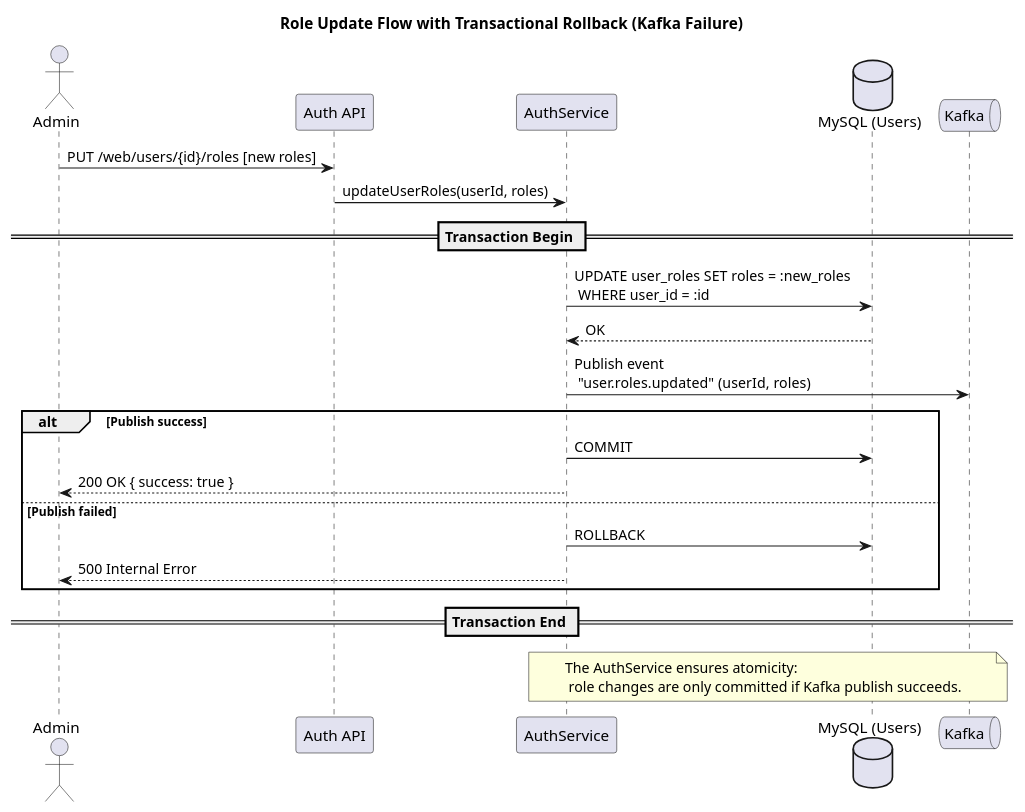
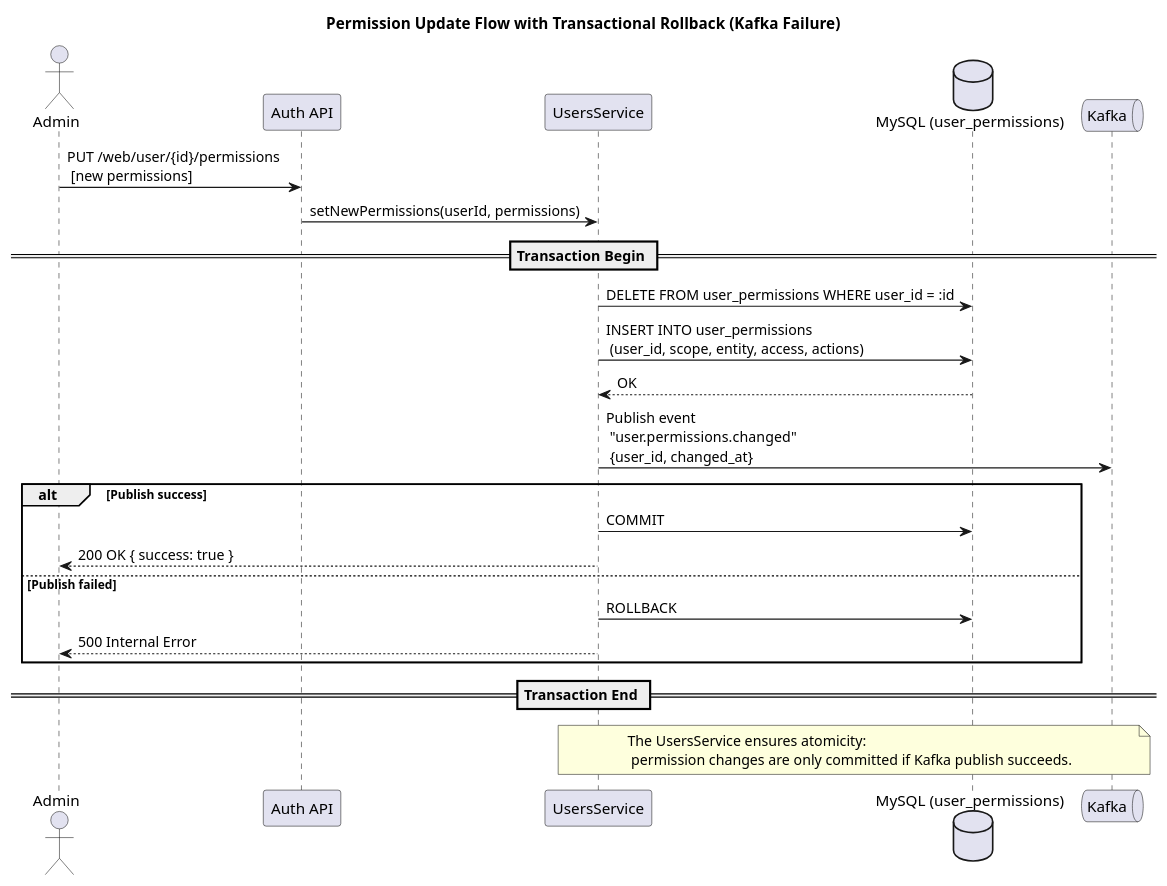
One commit to msa-sandbox/auth changed the diagram in docs/roleUpdate.puml. Above: the diagram before and after it, drawn with PlantUML. The commit also changed 47 other files, not shown here.

```diff
--- a/docs/roleUpdate.puml
+++ b/docs/roleUpdate.puml
@@ -1,31 +1,32 @@
 @startuml
-title Role Update Flow with Transactional Rollback (Kafka Failure)
+title Permission Update Flow with Transactional Rollback (Kafka Failure)
 
 actor Admin as A
 participant "Auth API" as API
-participant "AuthService" as S
-database "MySQL (Users)" as DB
+participant "UsersService" as S
+database "MySQL (user_permissions)" as DB
 queue "Kafka" as K
 
-A -> API : PUT /web/users/{id}/roles [new roles]
-API -> S : updateUserRoles(userId, roles)
+A -> API : PUT /web/user/{id}/permissions \n [new permissions]
+API -> S : setNewPermissions(userId, permissions)
 
 == Transaction Begin ==
-S -> DB : UPDATE user_roles SET roles = :new_roles \n WHERE user_id = :id
+S -> DB : DELETE FROM user_permissions WHERE user_id = :id
+S -> DB : INSERT INTO user_permissions \n (user_id, scope, entity, access, actions)
 DB --> S : OK
 
-S -> K : Publish event \n "user.roles.updated" (userId, roles)
+S -> K : Publish event \n "user.permissions.changed" \n {user_id, changed_at}
 alt Publish success
     S -> DB : COMMIT
     S --> A : 200 OK { success: true }
 else Publish failed
     S -> DB : ROLLBACK
     S --> A : 500 Internal Error
 end
 == Transaction End ==
 
 note over S, K
-The AuthService ensures atomicity:
- role changes are only committed if Kafka publish succeeds.
+The UsersService ensures atomicity:
+ permission changes are only committed if Kafka publish succeeds.
 end note
 @enduml
```
